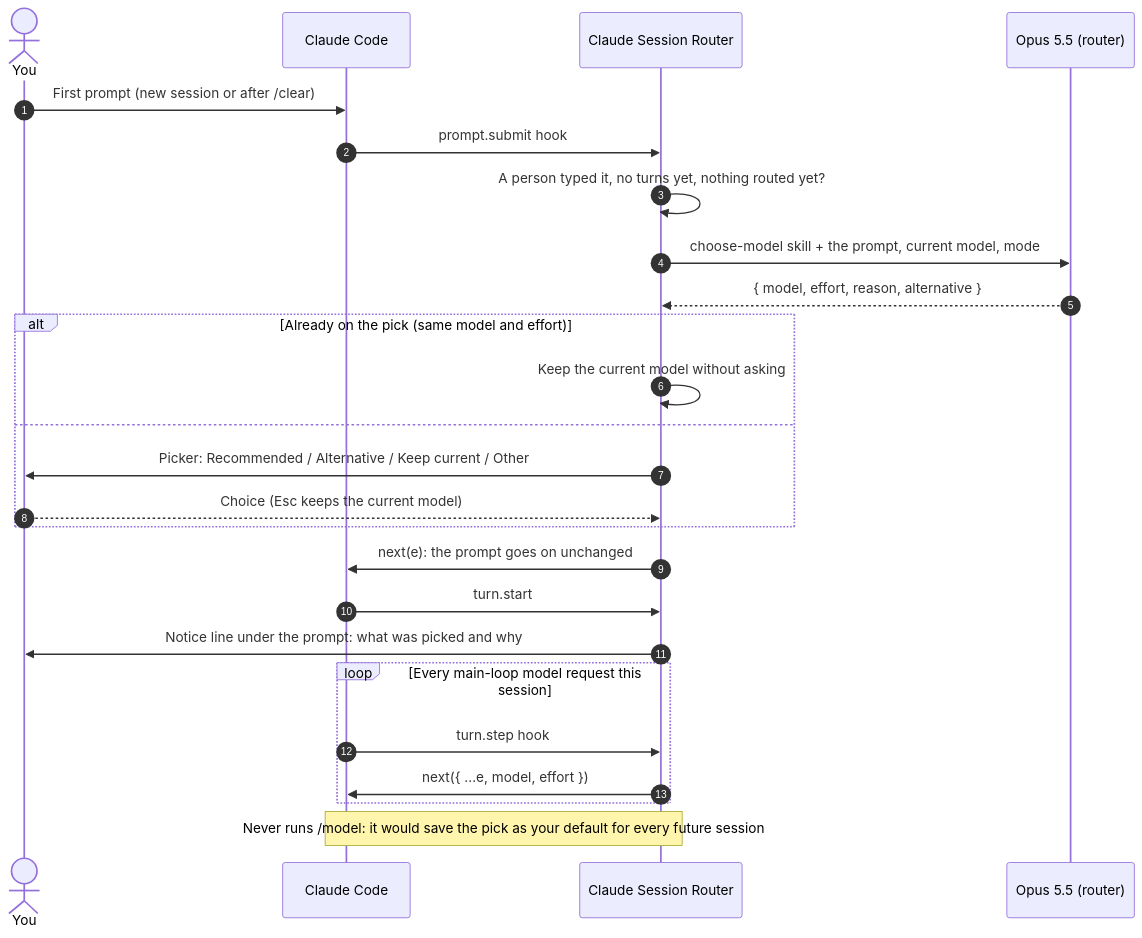
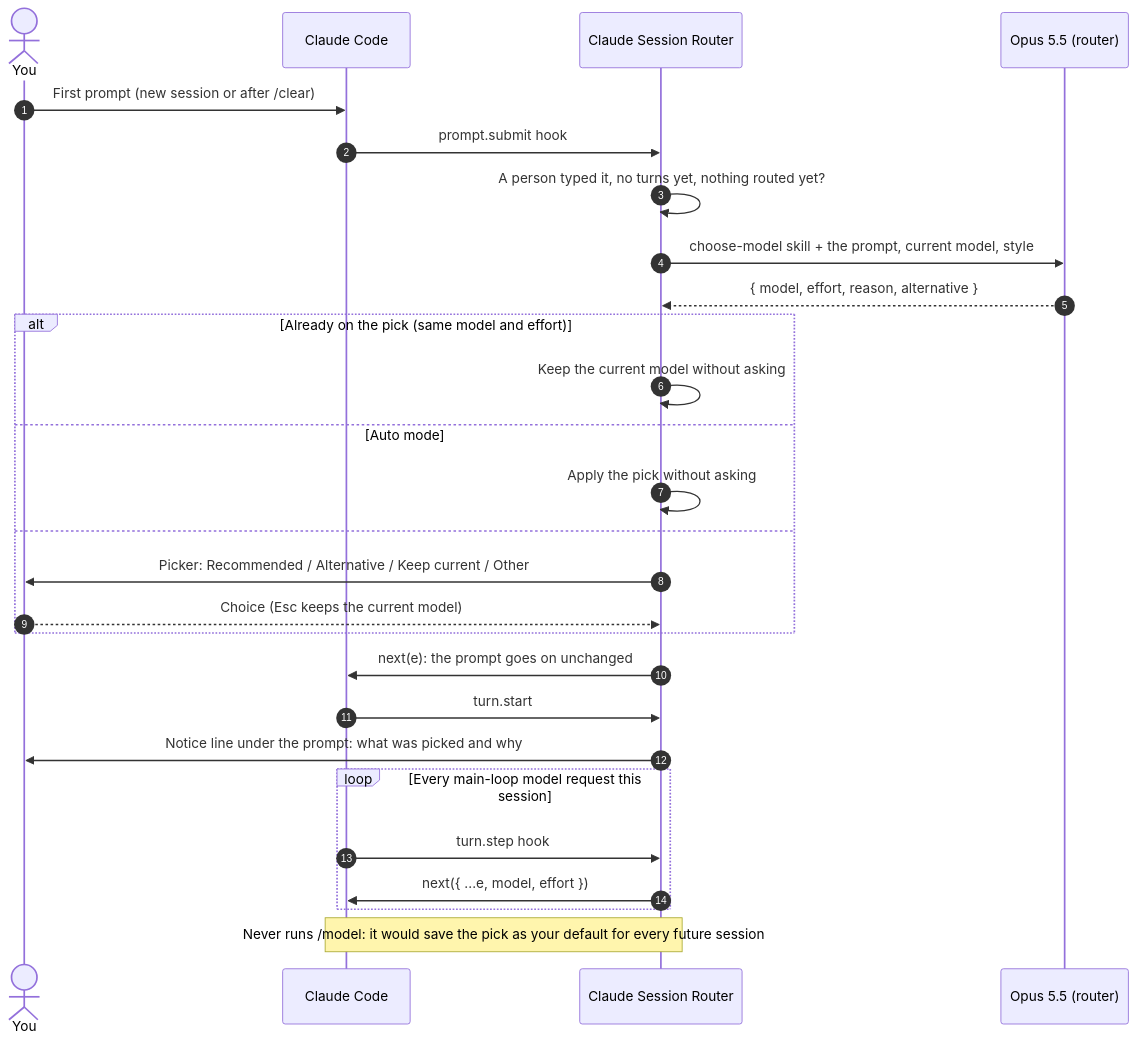
Before and after one commit to htxryan/claude-session-router: the diagram in docs/how-it-works.md, drawn with Mermaid. The commit also changed 9 other files, not shown here.

First line of the commit message:
mode → style; a new mode setting: default, shadow or auto

````diff
--- a/docs/how-it-works.md
+++ b/docs/how-it-works.md
@@ -5,27 +5,29 @@
 ```mermaid
 sequenceDiagram
     autonumber
     actor You
     participant CC as Claude Code
     participant Mod as Claude Session Router
     participant Opus as Opus 5.5 (router)
     You->>CC: First prompt (new session or after /clear)
     CC->>Mod: prompt.submit hook
     Mod->>Mod: A person typed it, no turns yet, nothing routed yet?
-    Mod->>Opus: choose-model skill + the prompt, current model, mode
+    Mod->>Opus: choose-model skill + the prompt, current model, style
     Opus-->>Mod: { model, effort, reason, alternative }
     alt Already on the pick (same model and effort)
         Mod->>Mod: Keep the current model without asking
+    else Auto mode
+        Mod->>Mod: Apply the pick without asking
     else
         Mod->>You: Picker: Recommended / Alternative / Keep current / Other
         You-->>Mod: Choice (Esc keeps the current model)
     end
     Mod->>CC: next(e): the prompt goes on unchanged
     CC->>Mod: turn.start
     Mod->>You: Notice line under the prompt: what was picked and why
     loop Every main-loop model request this session
         CC->>Mod: turn.step hook
         Mod->>CC: next({ ...e, model, effort })
     end
     Note over Mod,CC: Never runs /model: it would save the pick as your default for every future session
 ```
````
